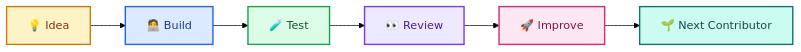
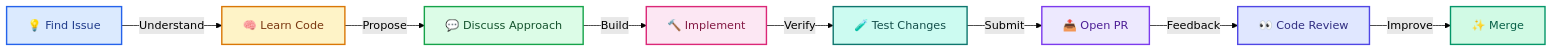
Before and after one commit to MOHITKOURAV01/learnhub: the second of 10 diagrams in README.md, drawn with Mermaid (forest theme). The commit also changed other lines of this file, not shown here.

````diff
--- a/README.md
+++ b/README.md
@@ -82,16 +84,19 @@
 ```mermaid
 flowchart LR
-
-    A["💡 Idea"] --> B["🧑‍💻 Build"]
-    B --> C["🧪 Test"]
-    C --> D["👀 Review"]
-    D --> E["🚀 Improve"]
-    E --> F["🌱 Next Contributor"]
-
-    style A fill:#FEF3C7,stroke:#D97706,stroke-width:2px,color:#78350F
-    style B fill:#DBEAFE,stroke:#2563EB,stroke-width:2px,color:#1E3A8A
+    A["💡 Find Issue"] -->|Understand| B["🧠 Learn Code"]
+    B -->|Propose| C["💬 Discuss Approach"]
+    C -->|Build| D["🔨 Implement"]
+    D -->|Verify| E["🧪 Test Changes"]
+    E -->|Submit| F["📤 Open PR"]
+    F -->|Feedback| G["👀 Code Review"]
+    G -->|Improve| H["✨ Merge"]
+    
+    style A fill:#DBEAFE,stroke:#2563EB,stroke-width:2px,color:#1E3A8A
+    style B fill:#FEF3C7,stroke:#D97706,stroke-width:2px,color:#78350F
     style C fill:#DCFCE7,stroke:#16A34A,stroke-width:2px,color:#14532D
-    style D fill:#EDE9FE,stroke:#7C3AED,stroke-width:2px,color:#4C1D95
-    style E fill:#FCE7F3,stroke:#DB2777,stroke-width:2px,color:#831843
-    style F fill:#CCFBF1,stroke:#0F766E,stroke-width:2px,color:#134E4A
+    style D fill:#FCE7F3,stroke:#DB2777,stroke-width:2px,color:#831843
+    style E fill:#CCFBF1,stroke:#0F766E,stroke-width:2px,color:#134E4A
+    style F fill:#EDE9FE,stroke:#7C3AED,stroke-width:2px,color:#4C1D95
+    style G fill:#E0E7FF,stroke:#4F46E5,stroke-width:2px,color:#312E81
+    style H fill:#D1FAE5,stroke:#059669,stroke-width:2px,color:#065F46
 ```
````
